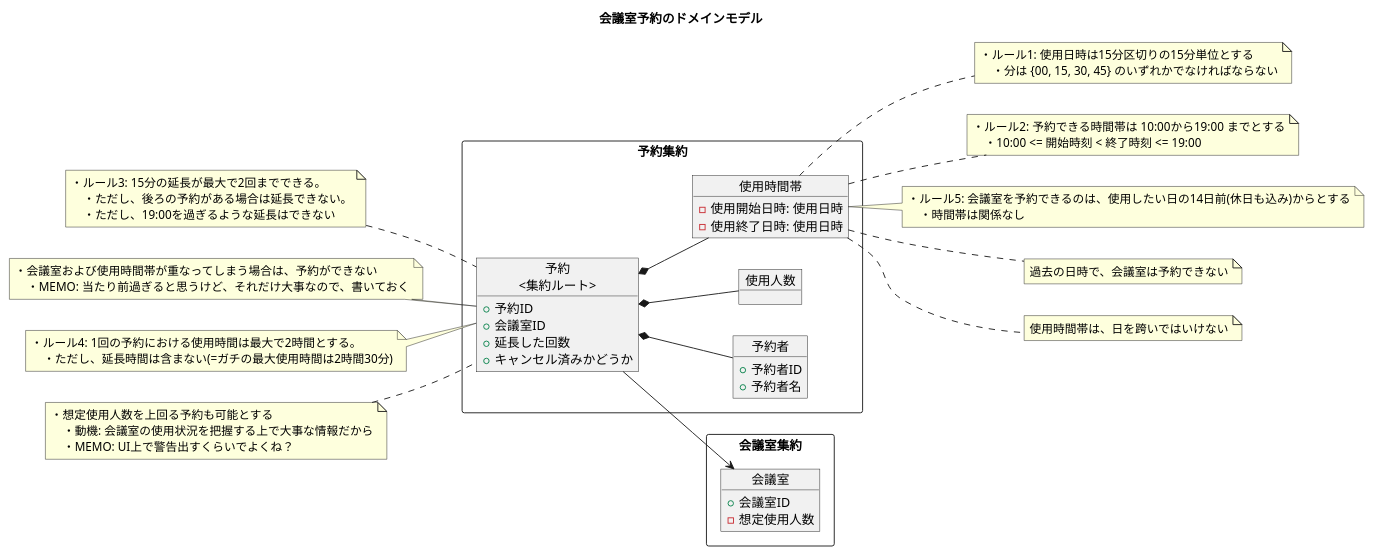
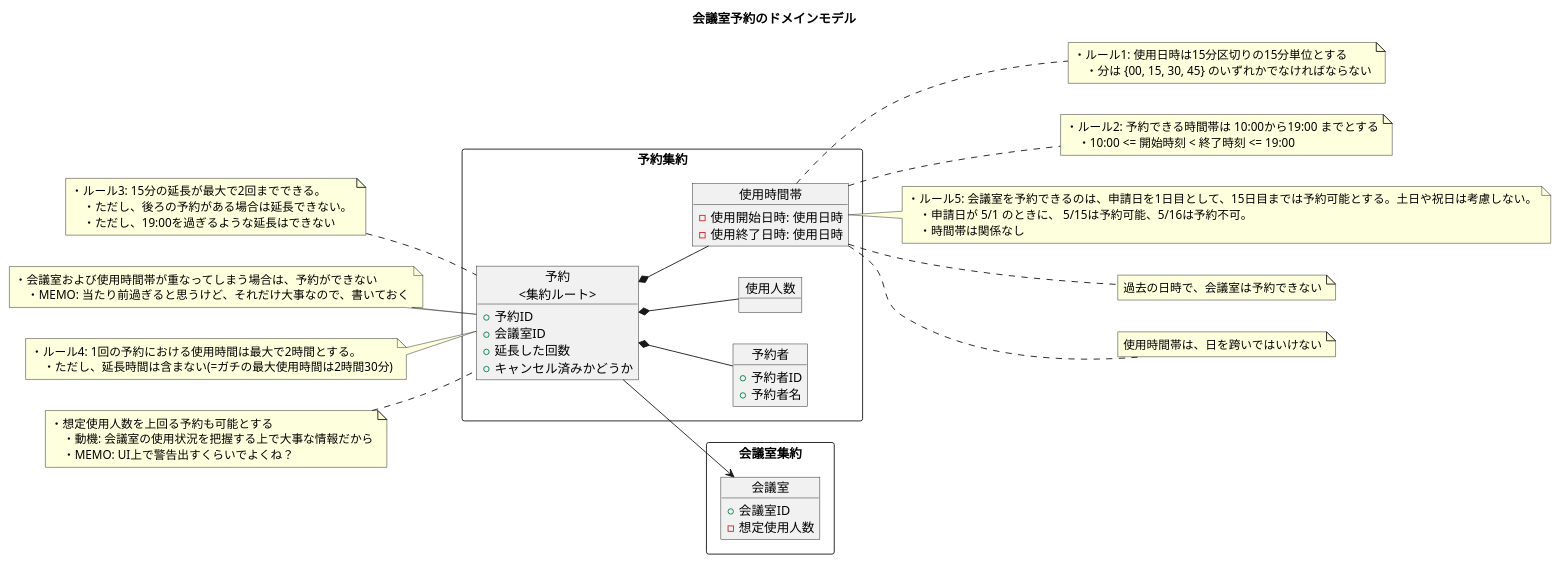
One commit to ModelingKai/meeting-room-python changed the diagram in diagram/ドメインモデル.puml. Above: the diagram before and after it, drawn with PlantUML.

Commit message:
ドメインモデルのルール5を更新をした。なぜなら、14日前というルールが曖昧だったため
- テストを書くだけでも、かなりドメインモデルにフィードバックが来る
  - テストケースを書くときに、具体的に書くため、ルールの甘さが際立つ

```diff
--- a/diagram/ドメインモデル.puml
+++ b/diagram/ドメインモデル.puml
@@ -1,97 +1,98 @@
 @startuml
 
 title 会議室予約のドメインモデル
 
 left to right direction
 
 
 rectangle 予約集約 {
     object "予約\n<集約ルート>" as c1 {
         + 予約ID
         + 会議室ID
         + 延長した回数
         + キャンセル済みかどうか
     }
 
     object 予約者 {
         + 予約者ID
         + 予約者名
     }
 
     object 使用人数 {
     }
 
     object 使用時間帯 {
         - 使用開始日時: 使用日時
         - 使用終了日時: 使用日時
     }
 }
 
 
 rectangle 会議室集約 {
     object 会議室 {
         + 会議室ID
         - 想定使用人数
     }
 }
 
 
 c1 --> 会議室
 c1 *-- 予約者
 c1 *-- 使用人数
 c1 *-- 使用時間帯
 
 ' ===== 予約 =====
 note left of c1
 ・ルール3: 15分の延長が最大で2回までできる。
     ・ただし、後ろの予約がある場合は延長できない。
     ・ただし、19:00を過ぎるような延長はできない
 end note
 
 note left of c1
 ・会議室および使用時間帯が重なってしまう場合は、予約ができない
     ・MEMO: 当たり前過ぎると思うけど、それだけ大事なので、書いておく
 end note
 
 note left of c1
 ・ルール4: 1回の予約における使用時間は最大で2時間とする。
     ・ただし、延長時間は含まない(=ガチの最大使用時間は2時間30分)
 end note
 
 note left of c1
 ・想定使用人数を上回る予約も可能とする
     ・動機: 会議室の使用状況を把握する上で大事な情報だから
     ・MEMO: UI上で警告出すくらいでよくね？
 end note
 
 ' ===== 使用時間帯 =====
 note right of 使用時間帯
 ・ルール1: 使用日時は15分区切りの15分単位とする
     ・分は {00, 15, 30, 45} のいずれかでなければならない
 end note
 
 note right of 使用時間帯
 ・ルール2: 予約できる時間帯は 10:00から19:00 までとする
     ・10:00 <= 開始時刻 < 終了時刻 <= 19:00
 end note
 
 
 note right of 使用時間帯
-・ルール5: 会議室を予約できるのは、使用したい日の14日前(休日も込み)からとする
-    ・時間帯は関係なし
+・ルール5: 会議室を予約できるのは、申請日を1日目として、15日目までは予約可能とする。土日や祝日は考慮しない。
+　・申請日が 5/1 のときに、 5/15は予約可能、5/16は予約不可。
+　・時間帯は関係なし
 end note
 
 note right of 使用時間帯
 過去の日時で、会議室は予約できない
 end note
 
 note right of 使用時間帯
 使用時間帯は、日を跨いではいけない
 end note
 
 
 
 
 
 
 @enduml
```
